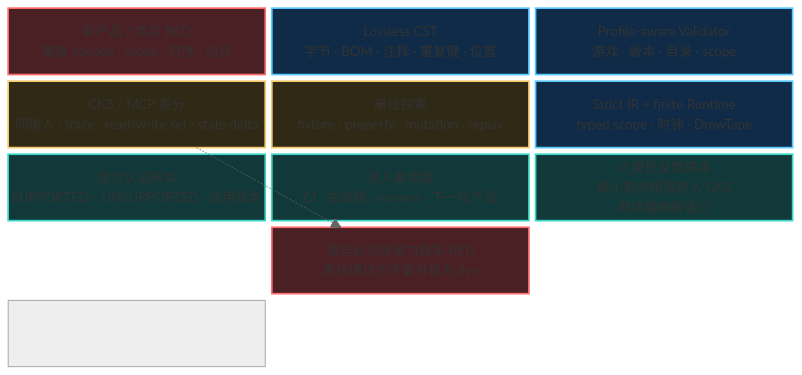
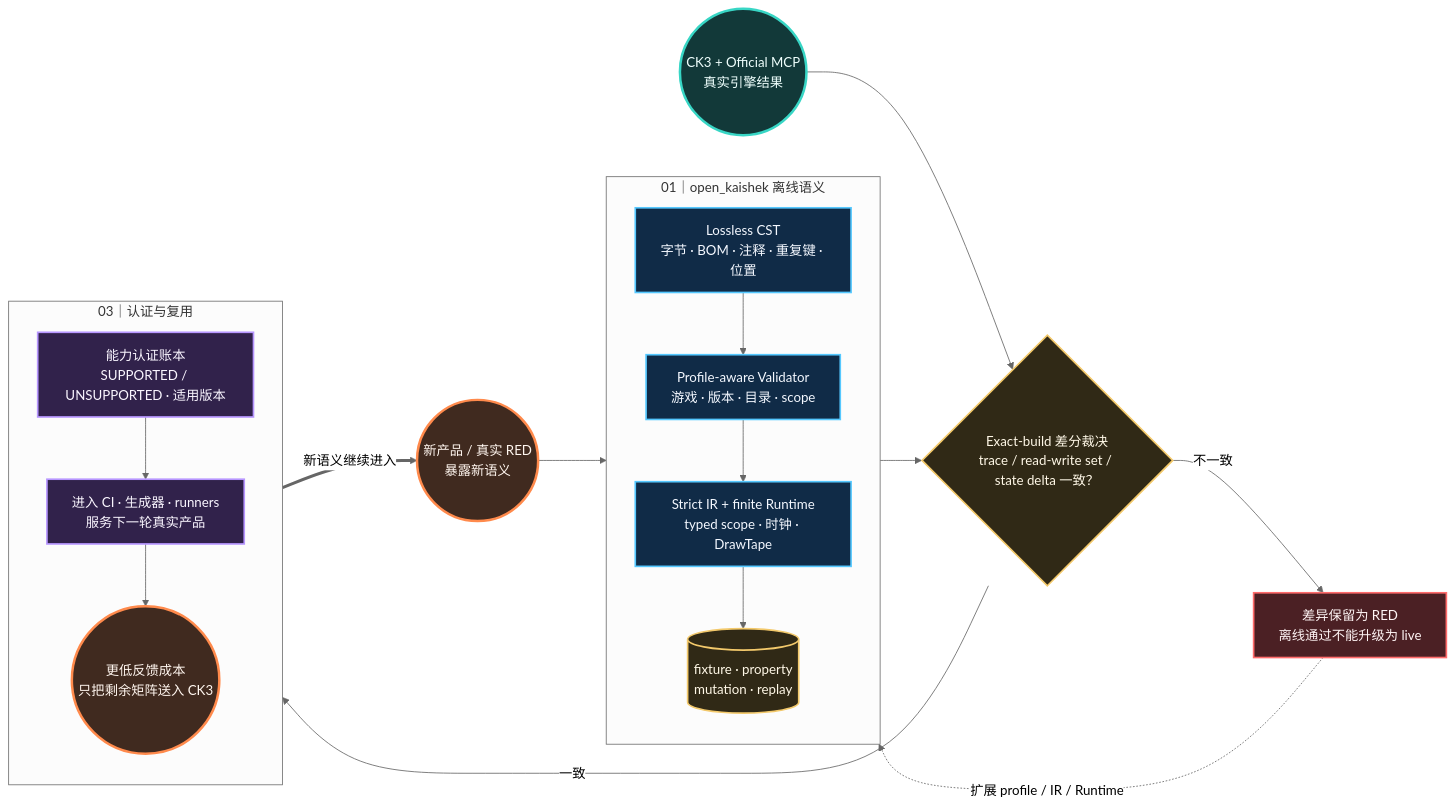
One commit to XenoAmess/ck3_eternal_recurrence changed the diagram in docs/project-causality-architecture/src/04-loop-c-tooling-semantics.mmd. Above: the diagram before and after it, drawn with Mermaid (neutral theme). The commit also changed 25 other files, not shown here.

Commit message:
Redesign loop diagrams as connected architectures

```diff
--- a/docs/project-causality-architecture/src/04-loop-c-tooling-semantics.mmd
+++ b/docs/project-causality-architecture/src/04-loop-c-tooling-semantics.mmd
@@ -1,20 +1,44 @@
-block-beta
-    columns 3
-    C1["新产品 / 真实 RED<br/>暴露 opcode · scope · 时序 · 组合"] C2["Lossless CST<br/>字节 · BOM · 注释 · 重复键 · 位置"] C3["Profile-aware Validator<br/>游戏 · 版本 · 目录 · scope"]
-    C6["CK3 / MCP 差分<br/>同输入 · trace · read/write set · state delta"] C5["离线探索<br/>fixture · property · mutation · replay"] C4["Strict IR + finite Runtime<br/>typed scope · 时钟 · DrawTape"]
-    C7["能力认证账本<br/>SUPPORTED / UNSUPPORTED · 适用版本"] C8["进入复用面<br/>CI · 生成器 · runners · 下一轮产品"] C9["↺ 更低反馈成本<br/>最小剩余矩阵进入 CK3<br/>继续接纳新语义"]
-    space CR["差异必须保留为真实 RED<br/>离线通过也不能升级为 live"] space
+flowchart LR
+    C1(("新产品 / 真实 RED<br/>暴露新语义"))
 
-    C1 --> C2 --> C3 --> C4 --> C5 --> C6 --> C7 --> C8 --> C9
-    C6 -.-> CR
+    subgraph OPENK["01｜open_kaishek 离线语义"]
+      direction TB
+      C2["Lossless CST<br/>字节 · BOM · 注释 · 重复键 · 位置"]
+      C3["Profile-aware Validator<br/>游戏 · 版本 · 目录 · scope"]
+      C4["Strict IR + finite Runtime<br/>typed scope · 时钟 · DrawTape"]
+      C5[("fixture · property<br/>mutation · replay")]
+      C2 --> C3 --> C4 --> C5
+    end
 
-    style C1 fill:#4b2024,stroke:#ff6b6b,color:#fff5f5,stroke-width:2px
-    style C2 fill:#102b47,stroke:#55c8ff,color:#f4f8ff,stroke-width:2px
-    style C3 fill:#102b47,stroke:#55c8ff,color:#f4f8ff,stroke-width:2px
-    style C4 fill:#102b47,stroke:#55c8ff,color:#f4f8ff,stroke-width:2px
-    style C5 fill:#302916,stroke:#f3c96b,color:#fff8e7,stroke-width:2px
-    style C6 fill:#302916,stroke:#f3c96b,color:#fff8e7,stroke-width:2px
-    style C7 fill:#123939,stroke:#38d6c5,color:#effffd,stroke-width:2px
-    style C8 fill:#123939,stroke:#38d6c5,color:#effffd,stroke-width:2px
-    style C9 fill:#123939,stroke:#38d6c5,color:#effffd,stroke-width:2px
-    style CR fill:#4b2024,stroke:#ff6b6b,color:#fff5f5,stroke-width:2px
+    C6{"Exact-build 差分裁决<br/>trace / read-write set / state delta 一致？"}
+    CK3(("CK3 + Official MCP<br/>真实引擎结果"))
+    RED["差异保留为 RED<br/>离线通过不能升级为 live"]
+
+    subgraph REUSE["03｜认证与复用"]
+      direction TB
+      C7["能力认证账本<br/>SUPPORTED / UNSUPPORTED · 适用版本"]
+      C8["进入 CI · 生成器 · runners<br/>服务下一轮真实产品"]
+      C9(("更低反馈成本<br/>只把剩余矩阵送入 CK3"))
+      C7 --> C8 --> C9
+    end
+
+    C1 --> C2
+    C5 --> C6
+    CK3 --> C6
+    C6 -- "一致" --> C7
+    C6 -- "不一致" --> RED
+    RED -. "扩展 profile / IR / Runtime" .-> C2
+    C9 == "新语义继续进入" ==> C1
+
+    class C1,C9 loop;
+    class C2,C3,C4 tool;
+    class C5,C6 verify;
+    class CK3 live;
+    class C7,C8 reuse;
+    class RED red;
+    classDef loop fill:#402a1f,stroke:#ff8a4c,color:#fff6ef,stroke-width:3px;
+    classDef tool fill:#102b47,stroke:#55c8ff,color:#f4f8ff,stroke-width:2px;
+    classDef verify fill:#302916,stroke:#f3c96b,color:#fff8e7,stroke-width:2px;
+    classDef live fill:#123939,stroke:#38d6c5,color:#effffd,stroke-width:3px;
+    classDef reuse fill:#31224b,stroke:#b796ff,color:#faf6ff,stroke-width:2px;
+    classDef red fill:#4b2024,stroke:#ff6b6b,color:#fff5f5,stroke-width:2px;
```
